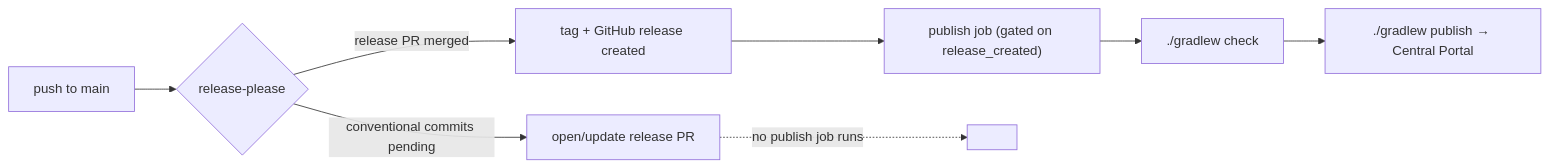
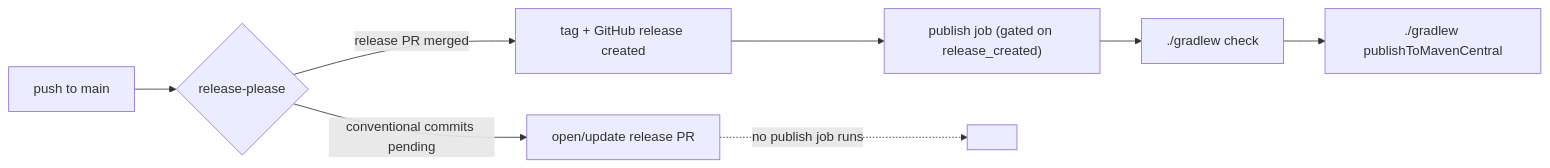
One commit to joke/percolate changed the second of 2 diagrams in openspec/changes/automate-release-publishing/design.md. Above: the diagram before and after it, drawn with Mermaid. The commit also changed other lines of this file and 23 other files, not shown here.

````diff
--- a/openspec/changes/automate-release-publishing/design.md
+++ b/openspec/changes/automate-release-publishing/design.md
@@ -57,10 +57,10 @@
 ```mermaid
 flowchart LR
     A[push to main] --> B{release-please}
     B -- "conventional commits pending" --> C[open/update release PR]
     B -- "release PR merged" --> D[tag + GitHub release created]
     D --> E["publish job (gated on release_created)"]
     C -.->|no publish job runs| X[ ]
     E --> F["./gradlew check"]
-    F --> G["./gradlew publish → Central Portal"]
+    F --> G["./gradlew publishToMavenCentral"]
 ```
````
